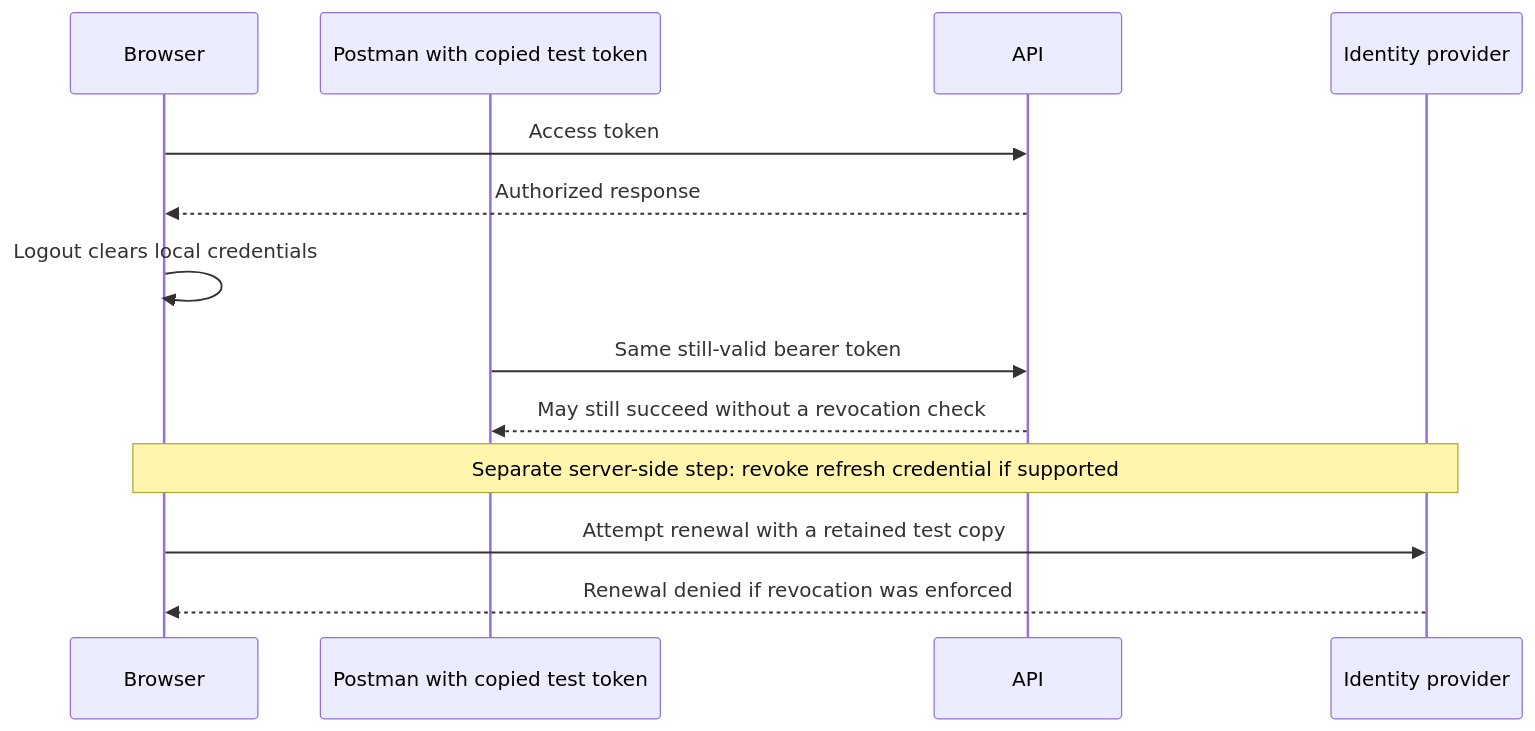
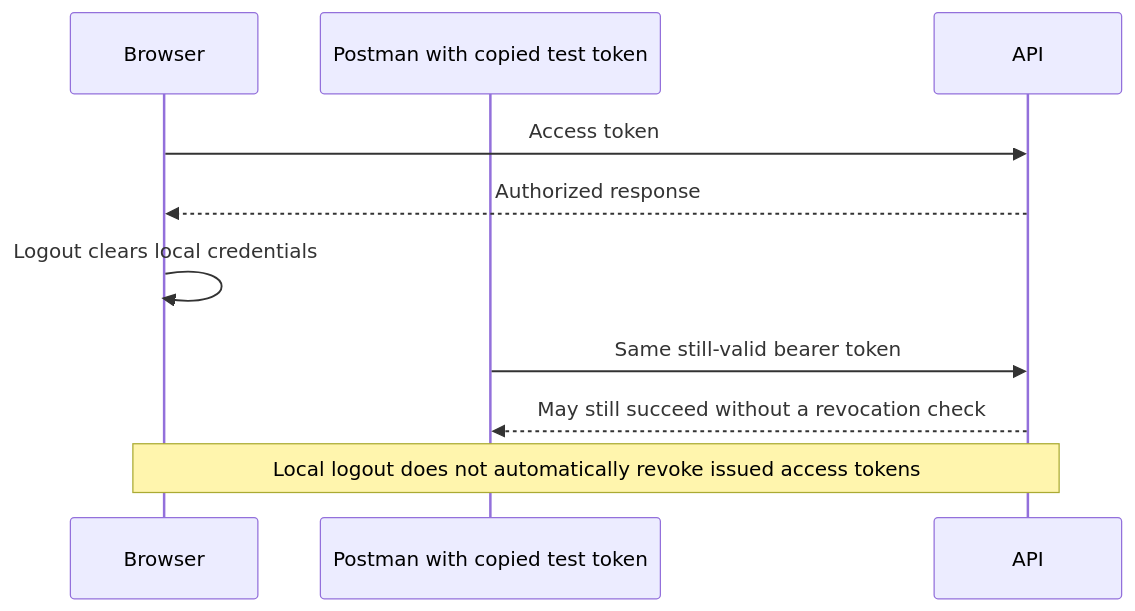
Before and after one commit to guptanitesh-ng/study: the ninth of 15 diagrams in Authentication-Authorization-Patterns.md, drawn with Mermaid. The commit also changed other lines of this file and 2 other files, not shown here.

````diff
--- a/Authentication-Authorization-Patterns.md
+++ b/Authentication-Authorization-Patterns.md
@@ -400,15 +415,12 @@
 ```mermaid
 sequenceDiagram
     participant Browser
     participant Postman as Postman with copied test token
     participant API
-    participant IdP as Identity provider
     Browser->>API: Access token
     API-->>Browser: Authorized response
     Browser->>Browser: Logout clears local credentials
     Postman->>API: Same still-valid bearer token
     API-->>Postman: May still succeed without a revocation check
-    Note over Browser,IdP: Separate server-side step: revoke refresh credential if supported
-    Browser->>IdP: Attempt renewal with a retained test copy
-    IdP-->>Browser: Renewal denied if revocation was enforced
+    Note over Browser,API: Local logout does not automatically revoke issued access tokens
 ```
````
